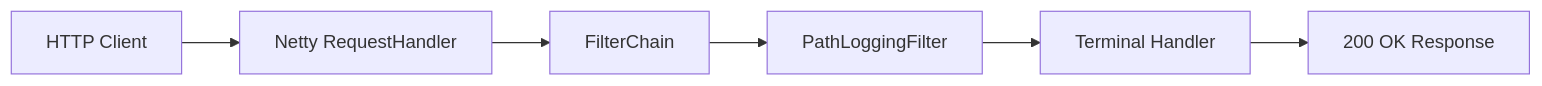
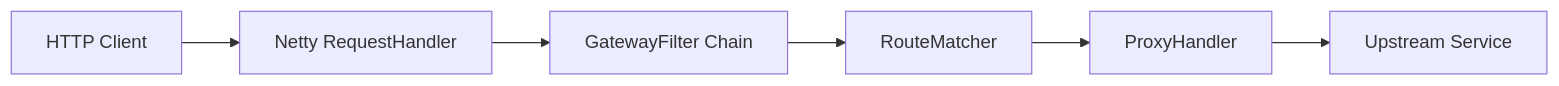
The diagram in README.md (joseixg-stack/netty-http-server), drawn with Mermaid before and after one commit. The commit also changed other lines of this file, not shown here.

Commit message:
Document production gateway usage

````diff
--- a/README.md
+++ b/README.md
@@ -13,8 +28,8 @@
 ```mermaid
 graph LR
-    Client["HTTP Client"] --> Handler["Netty RequestHandler"]
-    Handler --> Chain["FilterChain"]
-    Chain --> LogFilter["PathLoggingFilter"]
-    LogFilter --> Terminal["Terminal Handler"]
-    Terminal --> Response["200 OK Response"]
+    Client["HTTP Client"] --> Netty["Netty RequestHandler"]
+    Netty --> Filters["GatewayFilter Chain"]
+    Filters --> Router["RouteMatcher"]
+    Router --> Proxy["ProxyHandler"]
+    Proxy --> Backend["Upstream Service"]
 ```
````
